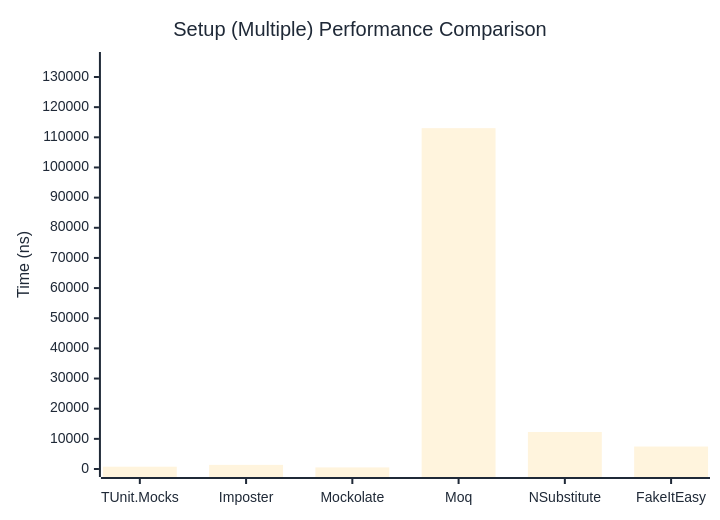
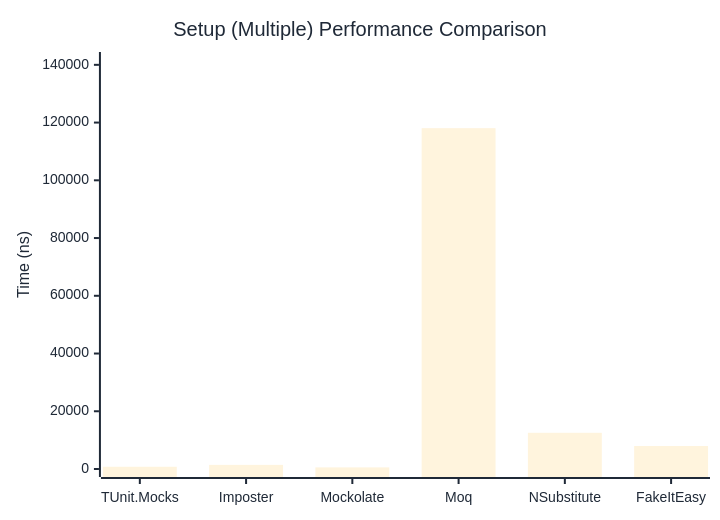
The second of 2 diagrams in docs/docs/benchmarks/mocks/Setup.md (thomhurst/TUnit), drawn with Mermaid before and after one commit. The commit also changed other lines of this file and 14 other files, not shown here.

````diff
--- a/docs/docs/benchmarks/mocks/Setup.md
+++ b/docs/docs/benchmarks/mocks/Setup.md
@@ -71,27 +71,27 @@
 ```mermaid
 %%{init: {
   'theme':'base',
   'themeVariables': {
     'primaryColor': '#2563eb',
     'primaryTextColor': '#1f2937',
     'primaryBorderColor': '#1e40af',
     'lineColor': '#6b7280',
     'secondaryColor': '#7c3aed',
     'tertiaryColor': '#dc2626',
     'background': '#ffffff',
     'pie1': '#2563eb',
     'pie2': '#7c3aed',
     'pie3': '#dc2626',
     'pie4': '#f59e0b',
     'pie5': '#10b981',
     'pie6': '#06b6d4',
     'pie7': '#ec4899',
     'pie8': '#6366f1'
   }
 }}%%
 xychart-beta
   title "Setup (Multiple) Performance Comparison"
   x-axis ["TUnit.Mocks", "Imposter", "Mockolate", "Moq", "NSubstitute", "FakeItEasy"]
-  y-axis "Time (ns)" 0 --> 135641
-  bar [762.8, 1364.7, 527.3, 113034, 12275.3, 7454.1]
+  y-axis "Time (ns)" 0 --> 141673
+  bar [777.1, 1429.2, 558.2, 118060.3, 12539.7, 7957]
 ```
````
